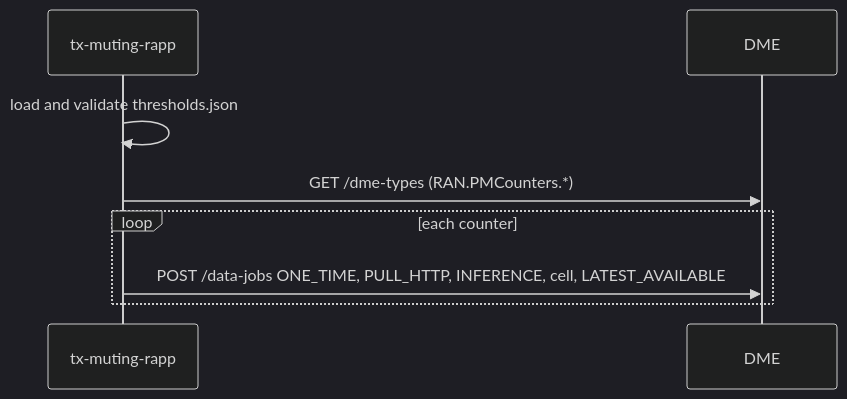
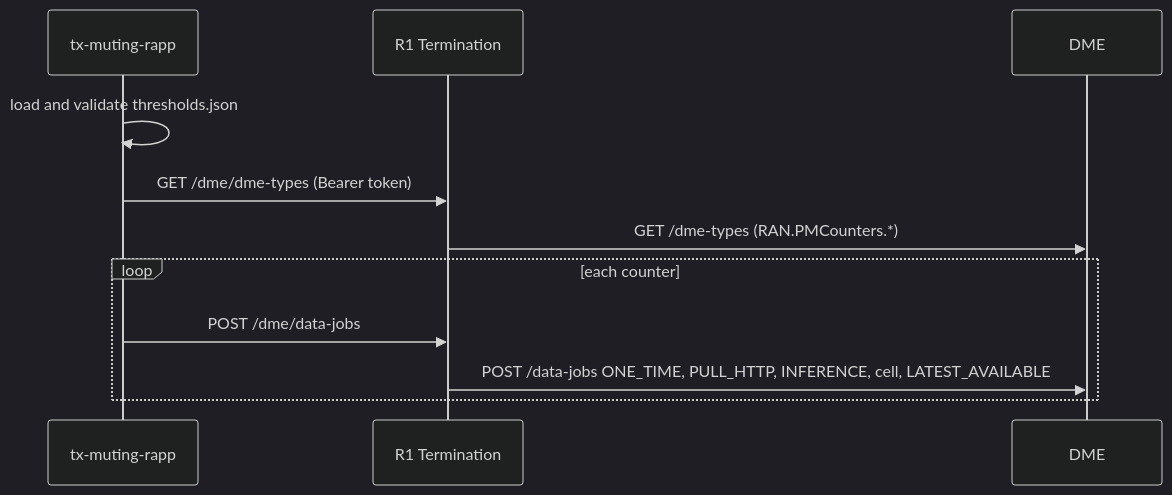
Before and after one commit to rsys-bshankar/ai-ran-ref: the second of 4 diagrams in smo/samples/tx-muting-rapp/README.md, drawn with Mermaid (dark theme). The commit also changed other lines of this file and 24 other files, not shown here.

````diff
--- a/smo/samples/tx-muting-rapp/README.md
+++ b/smo/samples/tx-muting-rapp/README.md
@@ -182,10 +188,13 @@
 ```mermaid
 sequenceDiagram
     participant R as tx-muting-rapp
+    participant G as R1 Termination
     participant D as DME
     R->>R: load and validate thresholds.json
-    R->>D: GET /dme-types (RAN.PMCounters.*)
+    R->>G: GET /dme/dme-types (Bearer token)
+    G->>D: GET /dme-types (RAN.PMCounters.*)
     loop each counter
-        R->>D: POST /data-jobs ONE_TIME, PULL_HTTP, INFERENCE, cell, LATEST_AVAILABLE
+        R->>G: POST /dme/data-jobs
+        G->>D: POST /data-jobs ONE_TIME, PULL_HTTP, INFERENCE, cell, LATEST_AVAILABLE
     end
 ```
````
